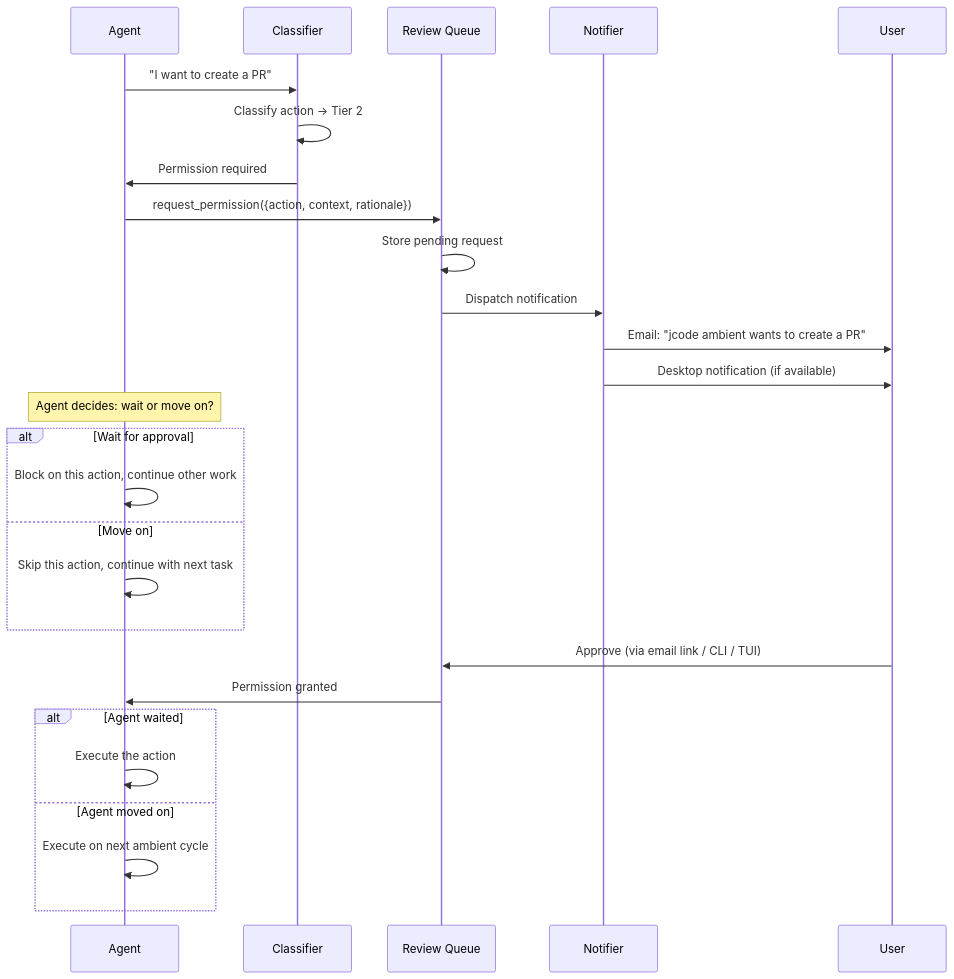
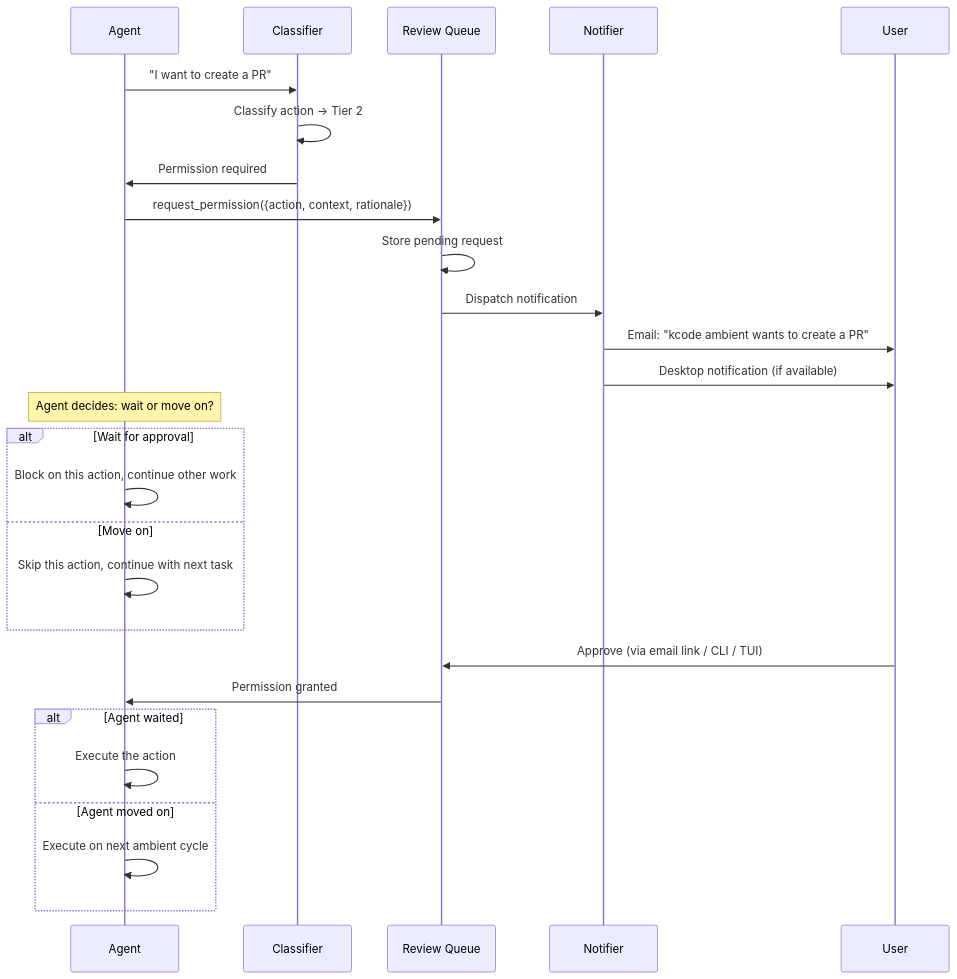
Before and after one commit to zipadoodlez/kcode: the second of 3 diagrams in docs/SAFETY_SYSTEM.md, drawn with Mermaid. The commit also changed other lines of this file and 39 other files, not shown here.

````diff
--- a/docs/SAFETY_SYSTEM.md
+++ b/docs/SAFETY_SYSTEM.md
@@ -161,35 +161,35 @@
 ```mermaid
 sequenceDiagram
     participant AG as Agent
     participant CL as Classifier
     participant RQ as Review Queue
     participant NF as Notifier
     participant US as User
 
     AG->>CL: "I want to create a PR"
     CL->>CL: Classify action → Tier 2
     CL->>AG: Permission required
 
     AG->>RQ: request_permission({action, context, rationale})
     RQ->>RQ: Store pending request
     RQ->>NF: Dispatch notification
 
-    NF->>US: Email: "jcode ambient wants to create a PR"
+    NF->>US: Email: "kcode ambient wants to create a PR"
     NF->>US: Desktop notification (if available)
 
     Note over AG: Agent decides: wait or move on?
     alt Wait for approval
         AG->>AG: Block on this action, continue other work
     else Move on
         AG->>AG: Skip this action, continue with next task
     end
 
     US->>RQ: Approve (via email link / CLI / TUI)
     RQ->>AG: Permission granted
 
     alt Agent waited
         AG->>AG: Execute the action
     else Agent moved on
         AG->>AG: Execute on next ambient cycle
     end
 ```
````
